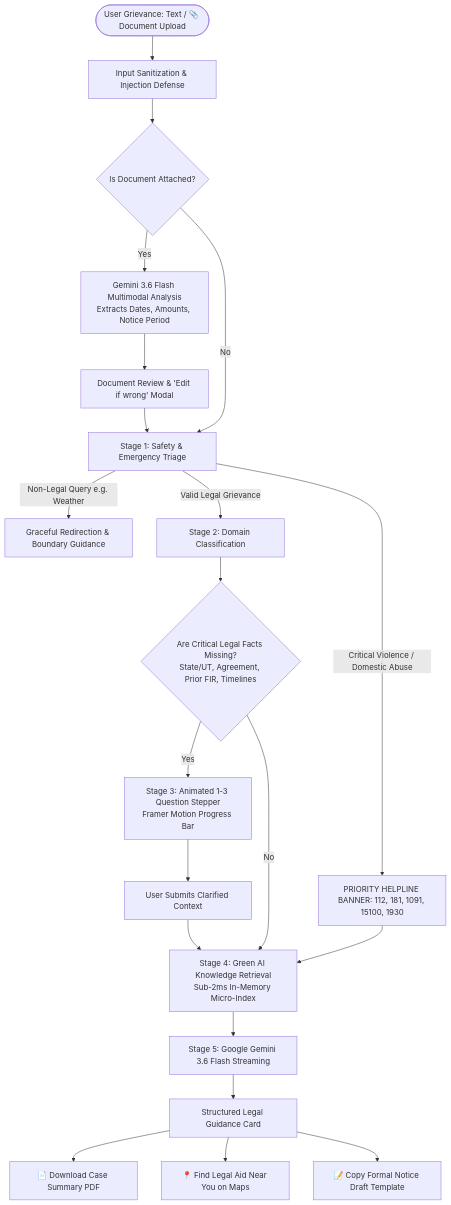
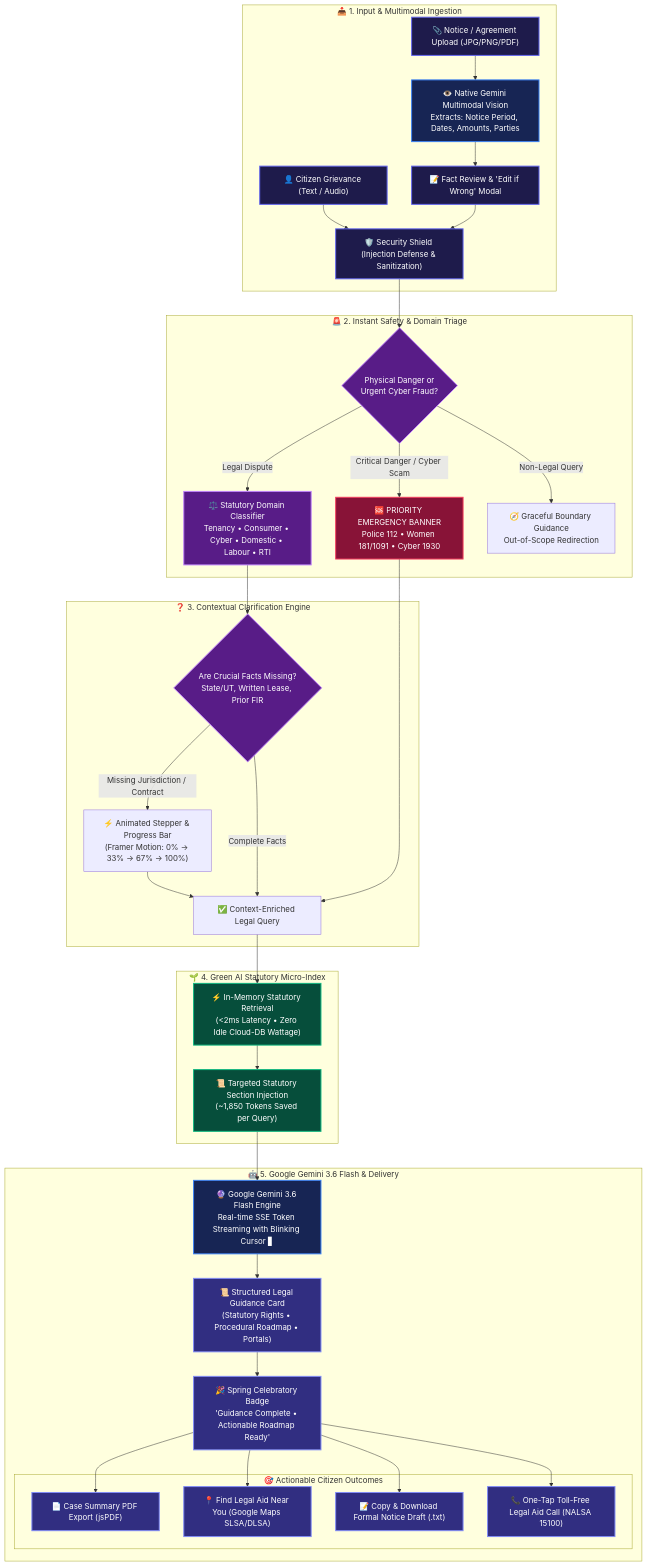
Before and after one commit to Manasa-L-Hegde/Nyaya_Sahayak: the diagram in README.md, drawn with Mermaid.

Commit message:
docs: beautify architecture diagram with modular subgraphs and color themes

````diff
--- a/README.md
+++ b/README.md
@@ -69,28 +69,89 @@
 ```mermaid
 flowchart TD
-    User([User Grievance: Text / 📎 Document Upload]) --> Security[Input Sanitization & Injection Defense]
+    %% Subgraph 1: User Input & Multimodal Ingestion
+    subgraph Ingestion ["📥 1. Input & Multimodal Ingestion"]
+        User["👤 Citizen Grievance (Text / Audio)"]
+        UploadDoc["📎 Notice / Agreement Upload (JPG/PNG/PDF)"]
+        Security["🛡️ Security Shield (Injection Defense & Sanitization)"]
+        DocVision["👁️ Native Gemini Multimodal Vision\nExtracts: Notice Period, Dates, Amounts, Parties"]
+        DocReview["📝 Fact Review & 'Edit if Wrong' Modal"]
+    end
+
+    %% Subgraph 2: Safety & Triage
+    subgraph TriagePipeline ["🚨 2. Instant Safety & Domain Triage"]
+        SafetyCheck{"Physical Danger or\nUrgent Cyber Fraud?"}
+        EmergencyAlert["🆘 PRIORITY EMERGENCY BANNER\nPolice 112 • Women 181/1091 • Cyber 1930"]
+        DomainRouter["⚖️ Statutory Domain Classifier\nTenancy • Consumer • Cyber • Domestic • Labour • RTI"]
+        OutOfScope["🧭 Graceful Boundary Guidance\nOut-of-Scope Redirection"]
+    end
+
+    %% Subgraph 3: Clarification Engine
+    subgraph ContextEngine ["❓ 3. Contextual Clarification Engine"]
+        FactCheck{"Are Crucial Facts Missing?\nState/UT, Written Lease, Prior FIR"}
+        ProgressStepper["⚡ Animated Stepper & Progress Bar\n(Framer Motion: 0% → 33% → 67% → 100%)"]
+        ResolvedContext["✅ Context-Enriched Legal Query"]
+    end
+
+    %% Subgraph 4: Green AI Micro-Index
+    subgraph GreenAI ["🌱 4. Green AI Statutory Micro-Index"]
+        MicroIndex["⚡ In-Memory Statutory Retrieval\n(<2ms Latency • Zero Idle Cloud-DB Wattage)"]
+        Sections["📜 Targeted Statutory Section Injection\n(~1,850 Tokens Saved per Query)"]
+    end
+
+    %% Subgraph 5: Google Gemini 3.6 Flash & Legal Delivery
+    subgraph GenAI ["🤖 5. Google Gemini 3.6 Flash & Delivery"]
+        GeminiCore["🔮 Google Gemini 3.6 Flash Engine\nReal-time SSE Token Streaming with Blinking Cursor ▋"]
+        GuidanceCard["📜 Structured Legal Guidance Card\n(Statutory Rights • Procedural Roadmap • Portals)"]
+        SuccessAnim["🎉 Spring Celebratory Badge\n'Guidance Complete • Actionable Roadmap Ready'"]
+        
+        subgraph Outcomes ["🎯 Actionable Citizen Outcomes"]
+            PDF["📄 Case Summary PDF Export (jsPDF)"]
+            Maps["📍 Find Legal Aid Near You (Google Maps SLSA/DLSA)"]
+            Draft["📝 Copy & Download Formal Notice Draft (.txt)"]
+            HelplineCall["📞 One-Tap Toll-Free Legal Aid Call (NALSA 15100)"]
+        end
+    end
+
+    %% Connecting Flow
+    User --> Security
+    UploadDoc --> DocVision
+    DocVision --> DocReview
+    DocReview --> Security
     
-    Security --> DocCheck{Is Document Attached?}
-    DocCheck -->|Yes| MultimodalAI[Gemini 3.6 Flash Multimodal Analysis\nExtracts Dates, Amounts, Notice Period]
-    MultimodalAI --> DocModal[Document Review & 'Edit if wrong' Modal]
-    DocModal --> Triage
-    DocCheck -->|No| Triage[Stage 1: Safety & Emergency Triage]
+    Security --> SafetyCheck
+    SafetyCheck -->|Critical Danger / Cyber Scam| EmergencyAlert
+    SafetyCheck -->|Non-Legal Query| OutOfScope
+    SafetyCheck -->|Legal Dispute| DomainRouter
     
-    Triage -->|Critical Violence / Domestic Abuse| EmergencyBanner[PRIORITY HELPLINE BANNER: 112, 181, 1091, 15100, 1930]
-    Triage -->|Non-Legal Query e.g. Weather| OutOfScope[Graceful Redirection & Boundary Guidance]
-    Triage -->|Valid Legal Grievance| Classifier[Stage 2: Domain Classification]
+    DomainRouter --> FactCheck
+    FactCheck -->|Missing Jurisdiction / Contract| ProgressStepper
+    ProgressStepper --> ResolvedContext
+    FactCheck -->|Complete Facts| ResolvedContext
+    EmergencyAlert --> ResolvedContext
+    
+    ResolvedContext --> MicroIndex
+    MicroIndex --> Sections
+    Sections --> GeminiCore
+    
+    GeminiCore --> GuidanceCard
+    GuidanceCard --> SuccessAnim
+    SuccessAnim --> PDF
+    SuccessAnim --> Maps
+    SuccessAnim --> Draft
+    SuccessAnim --> HelplineCall
 
-    Classifier --> MissingContextCheck{Are Critical Legal Facts Missing?\nState/UT, Agreement, Prior FIR, Timelines}
-    MissingContextCheck -->|Yes| ClarificationCard[Stage 3: Animated 1-3 Question Stepper\nFramer Motion Progress Bar]
-    ClarificationCard --> UserAnswers[User Submits Clarified Context]
-    UserAnswers --> GreenAIRAG
+    %% Styling Classes
+    classDef primary fill:#1e1b4b,stroke:#6366f1,stroke-width:2px,color:#ffffff;
+    classDef emergency fill:#881337,stroke:#f43f5e,stroke-width:2px,color:#ffffff;
+    classDef green fill:#064e3b,stroke:#10b981,stroke-width:2px,color:#ffffff;
+    classDef gemini fill:#172554,stroke:#3b82f6,stroke-width:2px,color:#ffffff;
+    classDef action fill:#312e81,stroke:#818cf8,stroke-width:2px,color:#ffffff;
+    classDef decision fill:#581c87,stroke:#c084fc,stroke-width:2px,color:#ffffff;
 
-    MissingContextCheck -->|No| GreenAIRAG[Stage 4: Green AI Knowledge Retrieval\nSub-2ms In-Memory Micro-Index]
-    EmergencyBanner --> GreenAIRAG
-
-    GreenAIRAG --> GeminiStream[Stage 5: Google Gemini 3.6 Flash Streaming]
-    GeminiStream --> GuidanceCard[Structured Legal Guidance Card]
-    GuidanceCard --> Action1[📄 Download Case Summary PDF]
-    GuidanceCard --> Action2[📍 Find Legal Aid Near You on Maps]
-    GuidanceCard --> Action3[📝 Copy Formal Notice Draft Template]
+    class User,UploadDoc,Security,DocReview primary;
+    class EmergencyAlert emergency;
+    class MicroIndex,Sections green;
+    class GeminiCore,DocVision gemini;
+    class PDF,Maps,Draft,HelplineCall,SuccessAnim,GuidanceCard action;
+    class SafetyCheck,FactCheck,DomainRouter decision;
 ```
````
